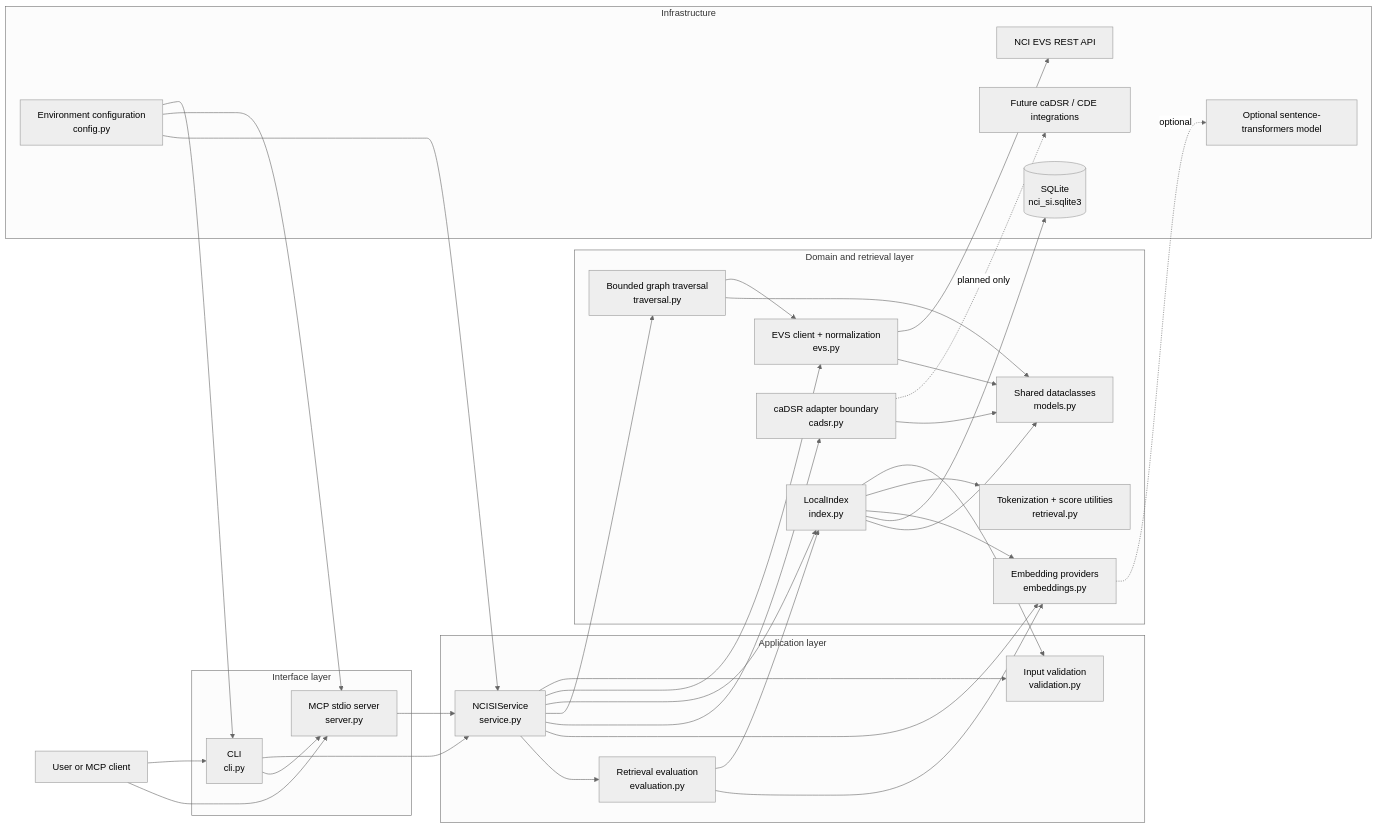
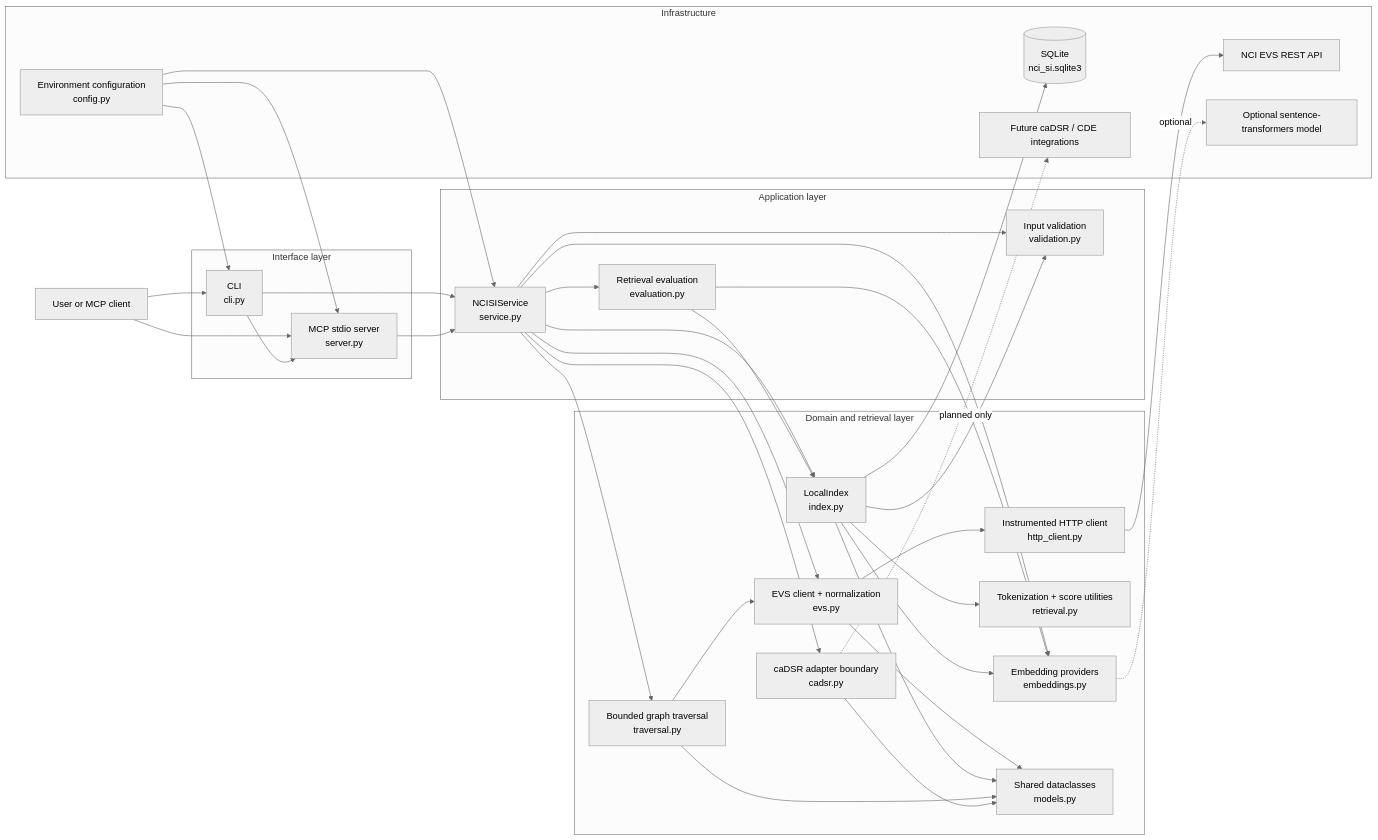
One commit to CBIIT/nci-si-mcp changed the first of 2 diagrams in ARCHITECTURE.md. Above: the diagram before and after it, drawn with Mermaid (neutral theme). The commit also changed other lines of this file and 11 other files, not shown here.

Commit message:
feat(http): one instrumented HTTP client with counted retries, correlation, classification and a request-log hook

````diff
--- a/ARCHITECTURE.md
+++ b/ARCHITECTURE.md
@@ -9,66 +9,68 @@
 ```mermaid
 flowchart LR
     User["User or MCP client"]
 
     subgraph Interfaces["Interface layer"]
         CLI["CLI<br/>cli.py"]
         MCP["MCP stdio server<br/>server.py"]
     end
 
     subgraph Application["Application layer"]
         Service["NCISIService<br/>service.py"]
         Validation["Input validation<br/>validation.py"]
         Eval["Retrieval evaluation<br/>evaluation.py"]
     end
 
     subgraph Domain["Domain and retrieval layer"]
         EVS["EVS client + normalization<br/>evs.py"]
+        Http["Instrumented HTTP client<br/>http_client.py"]
         Index["LocalIndex<br/>index.py"]
         Retrieval["Tokenization + score utilities<br/>retrieval.py"]
         Embeddings["Embedding providers<br/>embeddings.py"]
         Traversal["Bounded graph traversal<br/>traversal.py"]
         Cadsr["caDSR adapter boundary<br/>cadsr.py"]
         Models["Shared dataclasses<br/>models.py"]
     end
 
     subgraph Infrastructure["Infrastructure"]
         EVSAPI["NCI EVS REST API"]
         SQLite[("SQLite<br/>nci_si.sqlite3")]
         ST["Optional sentence-transformers model"]
         FutureCadsr["Future caDSR / CDE integrations"]
         Env["Environment configuration<br/>config.py"]
     end
 
     User --> CLI
     User --> MCP
     CLI --> Service
     CLI --> MCP
     MCP --> Service
 
     Env --> CLI
     Env --> MCP
     Service --> Validation
     Service --> EVS
     Service --> Index
     Service --> Traversal
     Service --> Cadsr
     Service --> Embeddings
     Service --> Eval
     Env --> Service
     Eval --> Index
     Eval --> Embeddings
     Index --> Validation
 
-    EVS --> EVSAPI
+    EVS --> Http
+    Http --> EVSAPI
     Traversal --> EVS
     Index --> Retrieval
     Index --> Embeddings
     Index --> SQLite
     Embeddings -. "optional" .-> ST
     Cadsr -. "planned only" .-> FutureCadsr
 
     EVS --> Models
     Index --> Models
     Traversal --> Models
     Cadsr --> Models
 ```
````
